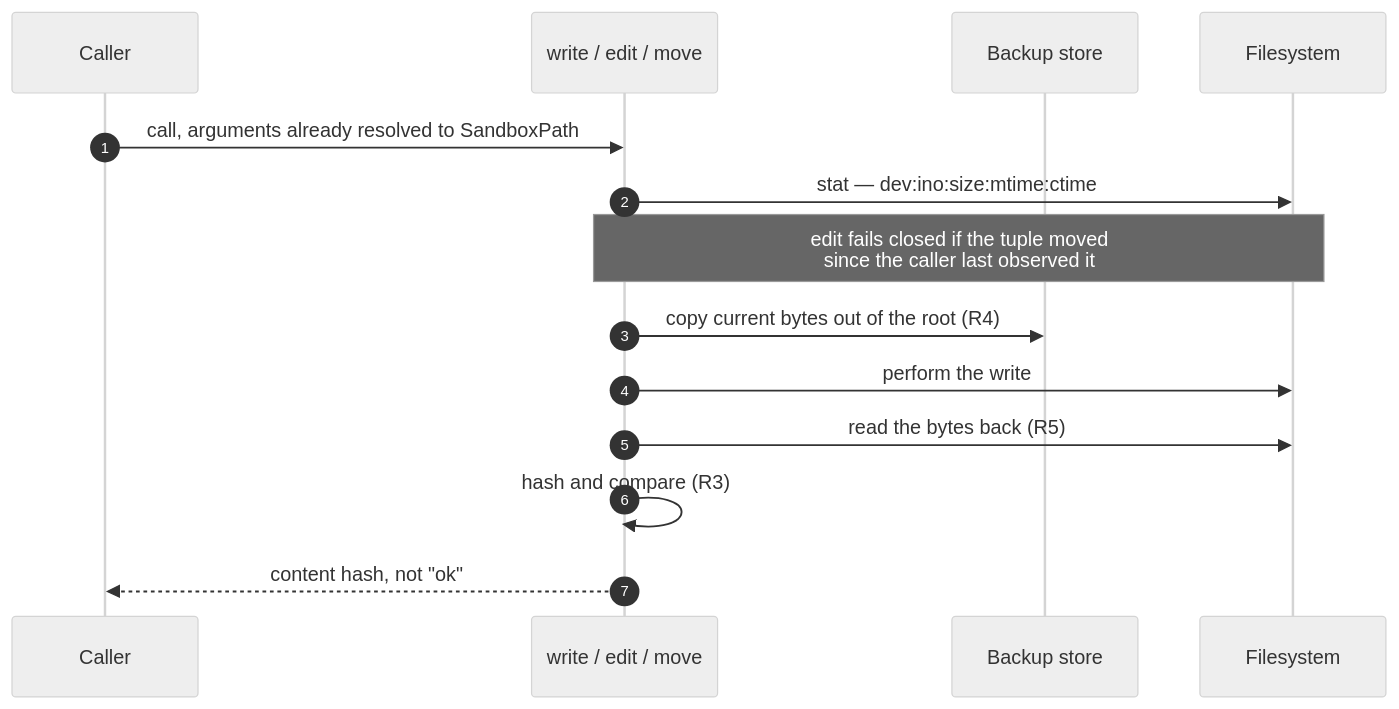
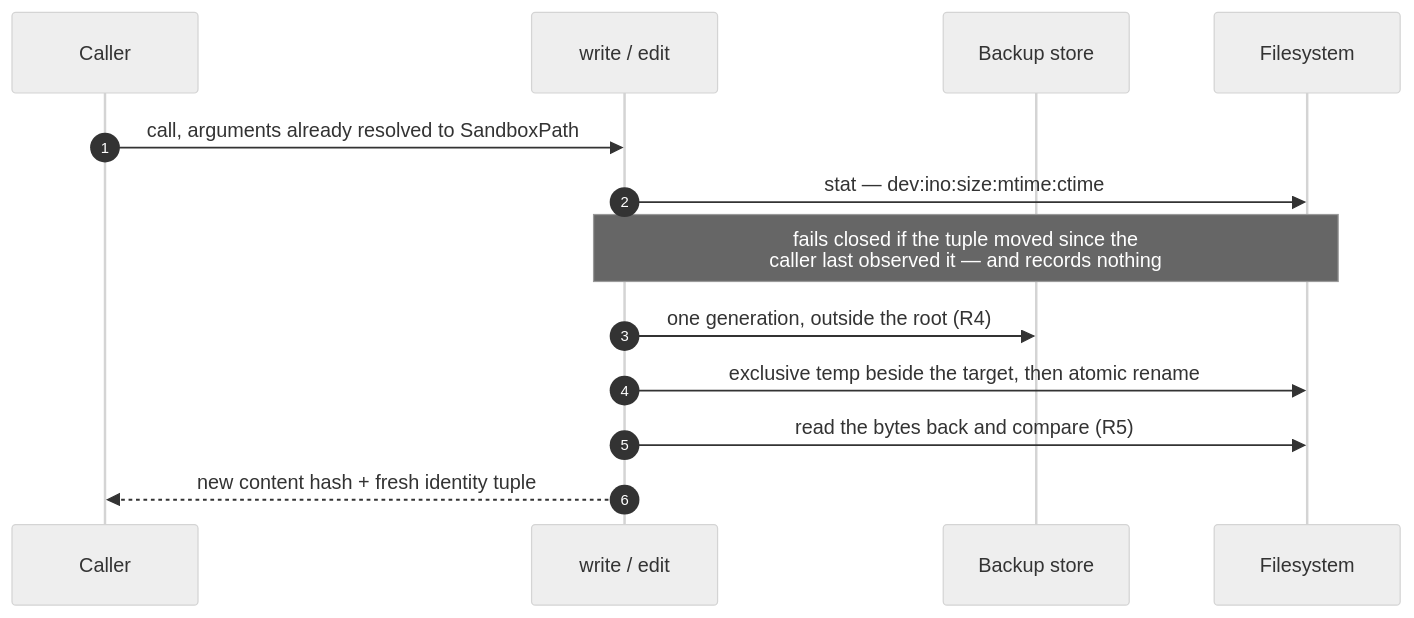
One commit to Jeagermeister/Hermes-Cpp changed the second of 3 diagrams in FLOW.md. Above: the diagram before and after it, drawn with Mermaid (neutral theme). The commit also changed other lines of this file, not shown here.

First line of the commit message:
FLOW: correct the mutating-call diagram -- move is not write

````diff
--- a/FLOW.md
+++ b/FLOW.md
@@ -68,17 +69,16 @@
 ```mermaid
 sequenceDiagram
     autonumber
     participant C as Caller
-    participant W as write / edit / move
+    participant W as write / edit
     participant B as Backup store
     participant FS as Filesystem
 
     C->>W: call, arguments already resolved to SandboxPath
     W->>FS: stat — dev:ino:size:mtime:ctime
-    Note over W,FS: edit fails closed if the tuple moved<br/>since the caller last observed it
-    W->>B: copy current bytes out of the root (R4)
-    W->>FS: perform the write
-    W->>FS: read the bytes back (R5)
-    W->>W: hash and compare (R3)
-    W-->>C: content hash, not "ok"
+    Note over W,FS: fails closed if the tuple moved since the<br/>caller last observed it — and records nothing
+    W->>B: one generation, outside the root (R4)
+    W->>FS: exclusive temp beside the target, then atomic rename
+    W->>FS: read the bytes back and compare (R5)
+    W-->>C: new content hash + fresh identity tuple
 ```
````
